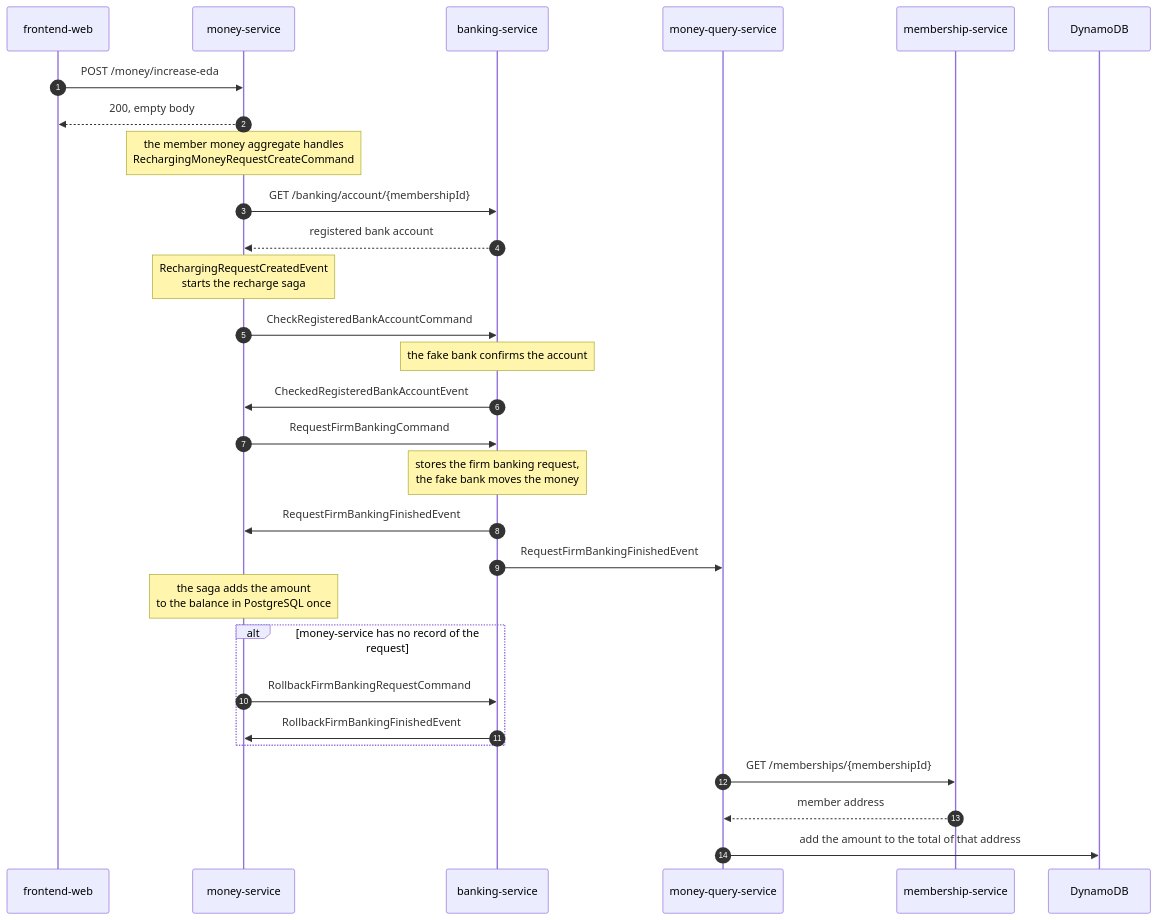
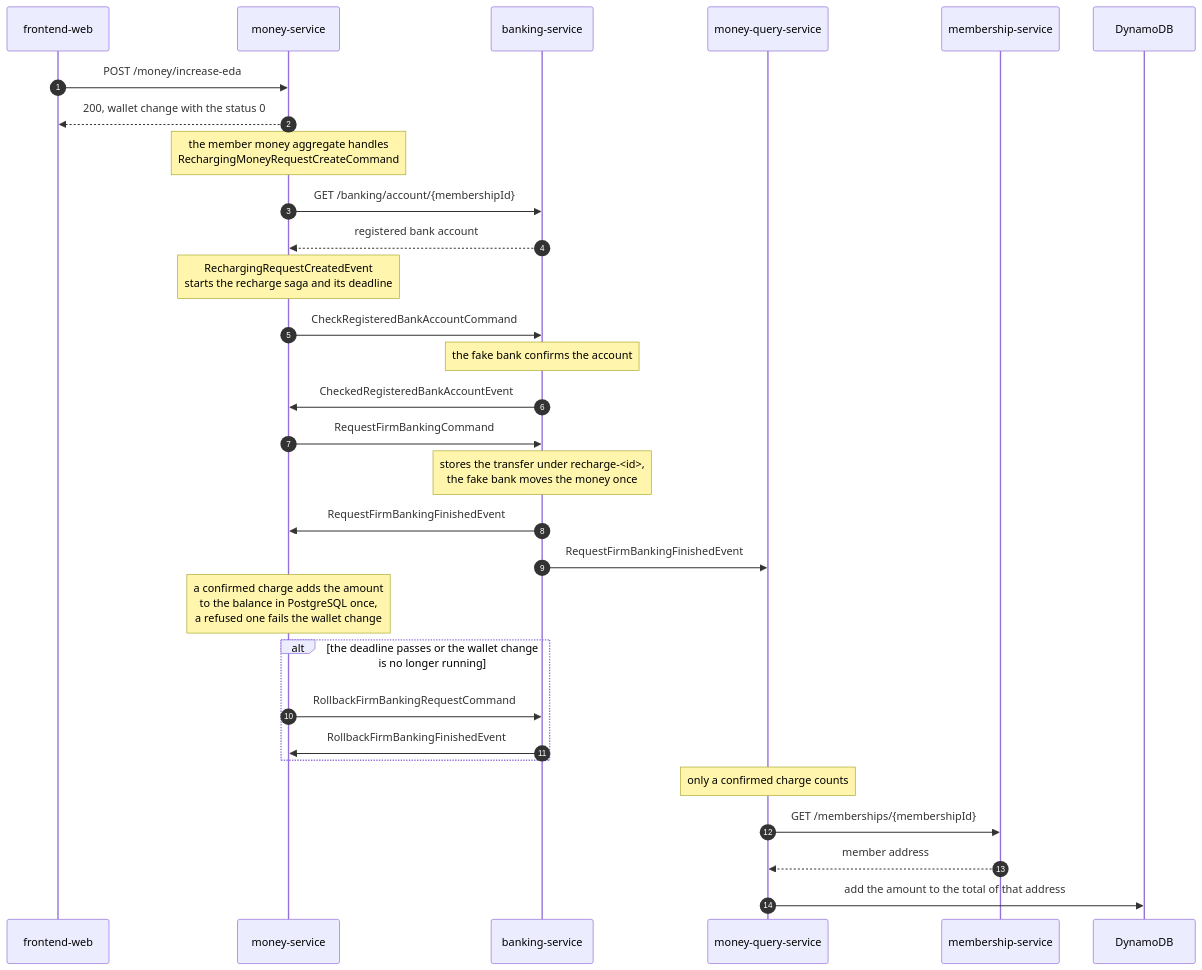
Before and after one commit to chrysaor/JayPay: the first of 4 diagrams in docs/architecture.md, drawn with Mermaid. The commit also changed other lines of this file and 6 other files, not shown here.

First line of the commit message:
docs: describe once-per-id bank transfers and the recharge saga's failures

````diff
--- a/docs/architecture.md
+++ b/docs/architecture.md
@@ -9,32 +9,33 @@
 ```mermaid
 sequenceDiagram
     autonumber
     participant web as frontend-web
     participant money as money-service
     participant banking as banking-service
     participant query as money-query-service
     participant membership as membership-service
     participant dynamodb as DynamoDB
 
     web->>money: POST /money/increase-eda
-    money-->>web: 200, empty body
+    money-->>web: 200, wallet change with the status 0
     Note over money: the member money aggregate handles<br/>RechargingMoneyRequestCreateCommand
     money->>banking: GET /banking/account/{membershipId}
     banking-->>money: registered bank account
-    Note over money: RechargingRequestCreatedEvent<br/>starts the recharge saga
+    Note over money: RechargingRequestCreatedEvent<br/>starts the recharge saga and its deadline
     money->>banking: CheckRegisteredBankAccountCommand
     Note over banking: the fake bank confirms the account
     banking->>money: CheckedRegisteredBankAccountEvent
     money->>banking: RequestFirmBankingCommand
-    Note over banking: stores the firm banking request,<br/>the fake bank moves the money
+    Note over banking: stores the transfer under recharge-<id>,<br/>the fake bank moves the money once
     banking->>money: RequestFirmBankingFinishedEvent
     banking->>query: RequestFirmBankingFinishedEvent
-    Note over money: the saga adds the amount<br/>to the balance in PostgreSQL once
-    alt money-service has no record of the request
+    Note over money: a confirmed charge adds the amount<br/>to the balance in PostgreSQL once,<br/>a refused one fails the wallet change
+    alt the deadline passes or the wallet change is no longer running
         money->>banking: RollbackFirmBankingRequestCommand
         banking->>money: RollbackFirmBankingFinishedEvent
     end
+    Note over query: only a confirmed charge counts
     query->>membership: GET /memberships/{membershipId}
     membership-->>query: member address
     query->>dynamodb: add the amount to the total of that address
 ```
````
